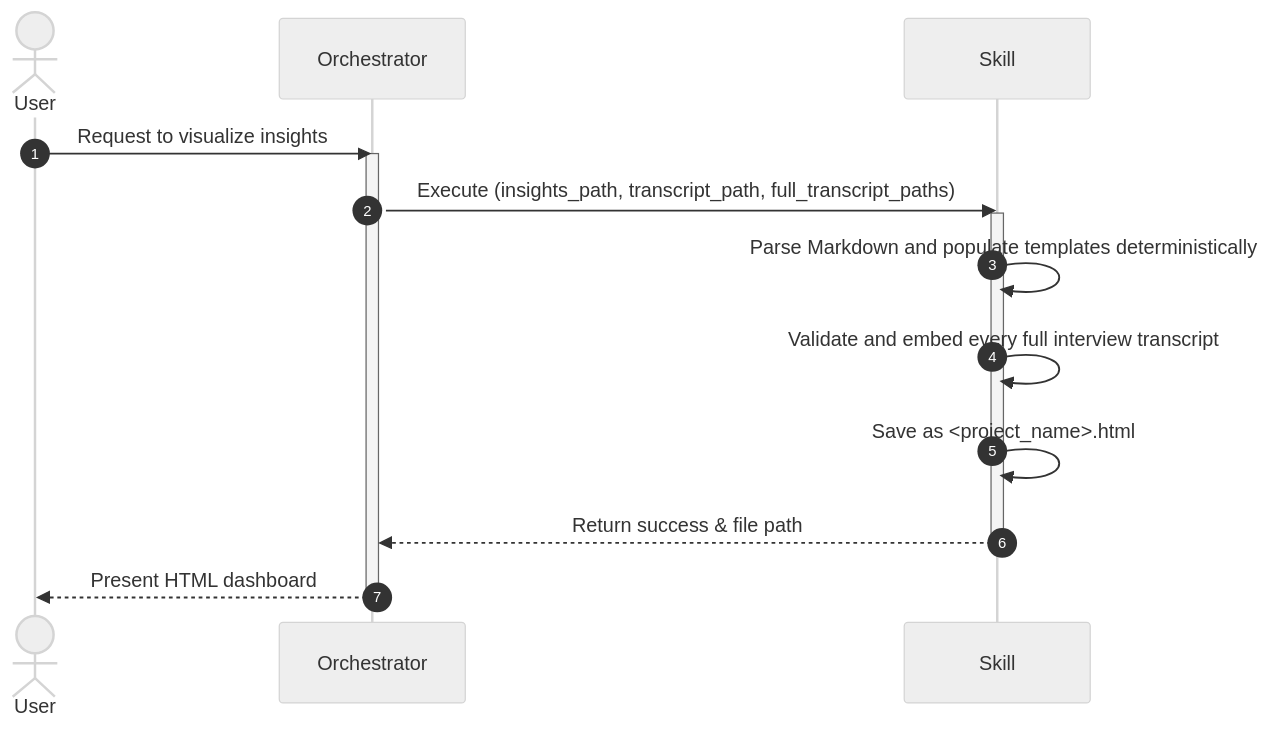
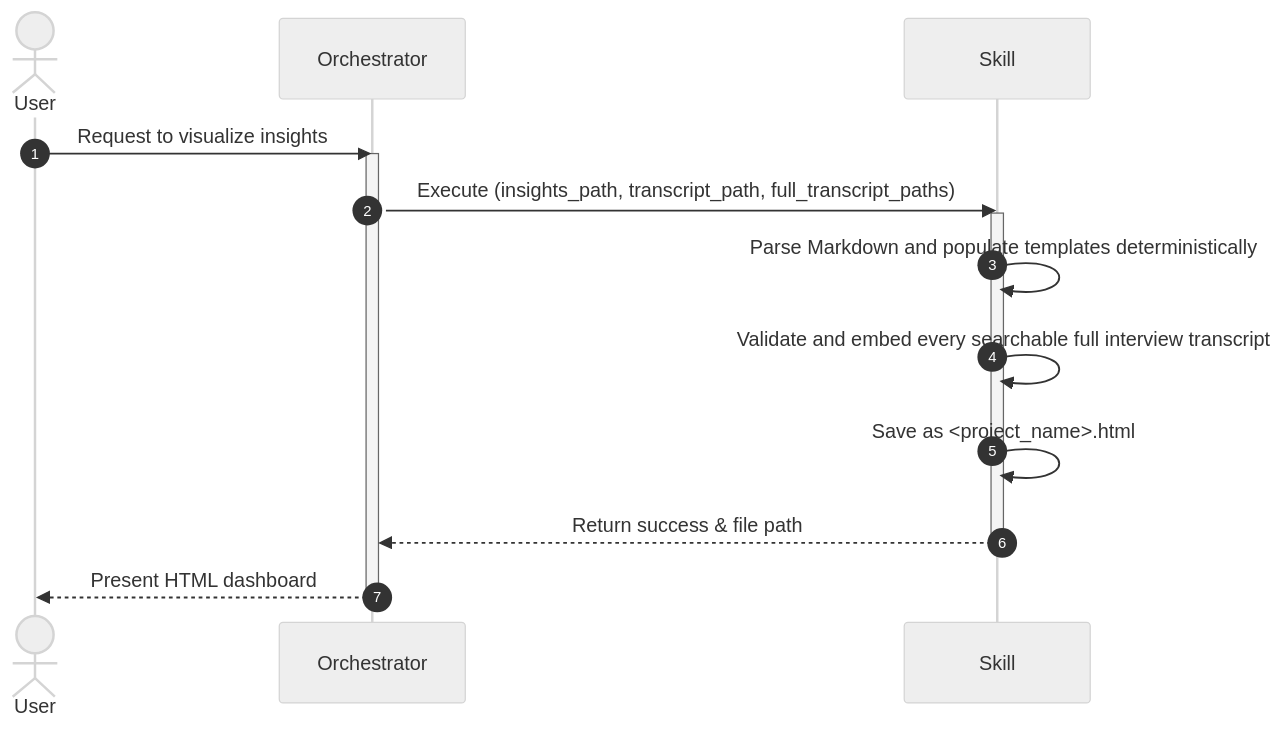
Before and after one commit to nguyenlamhai89/UX-Agent: the diagram in .agents/skills/visualize-insights/SKILL.md, drawn with Mermaid (neutral theme). The commit also changed other lines of this file and 3 other files, not shown here.

Commit message:
update: add full transcript search

````diff
--- a/.agents/skills/visualize-insights/SKILL.md
+++ b/.agents/skills/visualize-insights/SKILL.md
@@ -81,19 +82,19 @@
 ```mermaid
 sequenceDiagram
     autonumber
     actor User
     participant Orchestrator
     participant Skill
 
     User->>Orchestrator: Request to visualize insights
     activate Orchestrator
     Orchestrator->>Skill: Execute (insights_path, transcript_path, full_transcript_paths)
     activate Skill
     Skill->>Skill: Parse Markdown and populate templates deterministically
-    Skill->>Skill: Validate and embed every full interview transcript
+    Skill->>Skill: Validate and embed every searchable full interview transcript
     Skill->>Skill: Save as <project_name>.html
     Skill-->>Orchestrator: Return success & file path
     deactivate Skill
     Orchestrator-->>User: Present HTML dashboard
     deactivate Orchestrator
 ```
````
